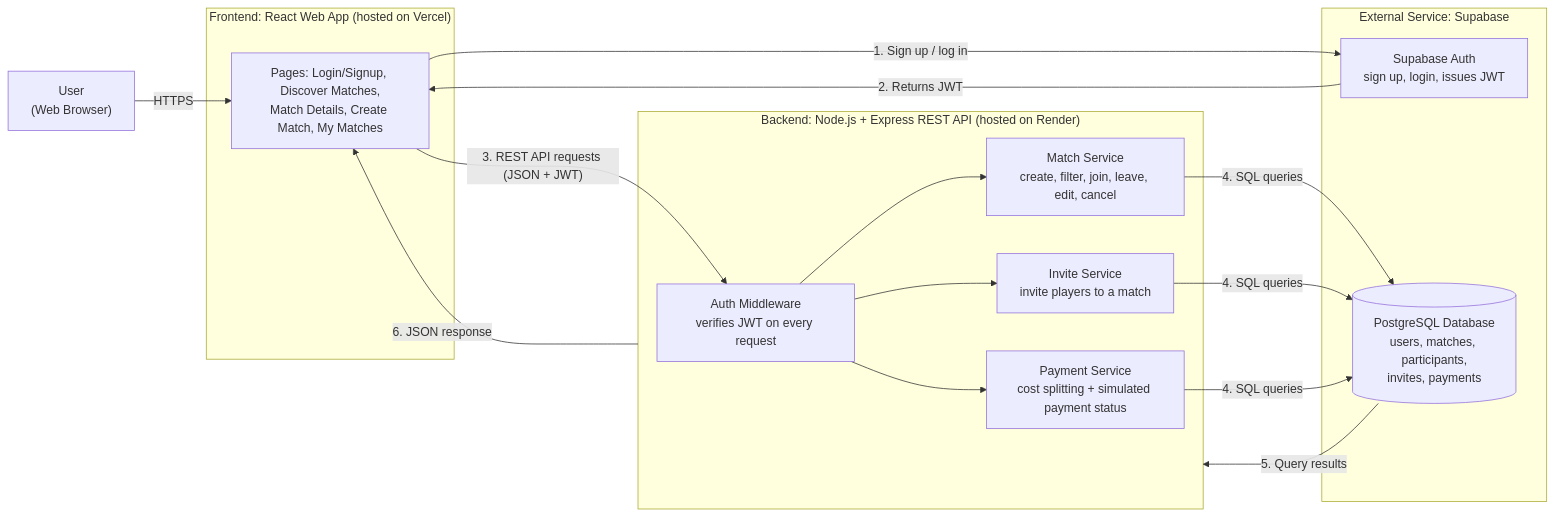
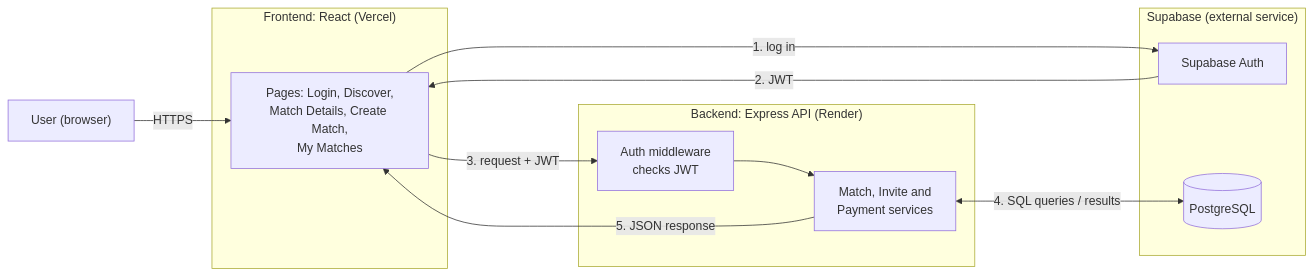
Before and after one commit to rywma/Wesal: the diagram in stage3/readme.md, drawn with Mermaid. The commit also changed other lines of this file, not shown here.

````diff
--- a/stage3/readme.md
+++ b/stage3/readme.md
@@ -32,33 +32,23 @@
 ```mermaid
 flowchart LR
-    U["User<br/>(Web Browser)"]
+    User["User (browser)"] -->|HTTPS| FE
 
-    subgraph FE["Frontend: React Web App (hosted on Vercel)"]
-        UI["Pages: Login/Signup, Discover Matches,<br/>Match Details, Create Match, My Matches"]
+    subgraph Frontend["Frontend: React (Vercel)"]
+        FE["Pages: Login, Discover,<br/>Match Details, Create Match,<br/>My Matches"]
     end
 
-    subgraph BE["Backend: Node.js + Express REST API (hosted on Render)"]
-        MW["Auth Middleware<br/>verifies JWT on every request"]
-        MS["Match Service<br/>create, filter, join, leave, edit, cancel"]
-        IS["Invite Service<br/>invite players to a match"]
-        PS["Payment Service<br/>cost splitting + simulated payment status"]
+    subgraph Backend["Backend: Express API (Render)"]
+        MW["Auth middleware<br/>checks JWT"] --> SVC["Match, Invite and<br/>Payment services"]
     end
 
-    subgraph SB["External Service: Supabase"]
-        SA["Supabase Auth<br/>sign up, login, issues JWT"]
-        DB[("PostgreSQL Database<br/>users, matches, participants,<br/>invites, payments")]
+    subgraph Supabase["Supabase (external service)"]
+        Auth["Supabase Auth"]
+        DB[("PostgreSQL")]
     end
 
-    U -->|"HTTPS"| UI
-    UI -->|"1. Sign up / log in"| SA
-    SA -->|"2. Returns JWT"| UI
-    UI -->|"3. REST API requests (JSON + JWT)"| MW
-    MW --> MS
-    MW --> IS
-    MW --> PS
-    MS -->|"4. SQL queries"| DB
-    IS -->|"4. SQL queries"| DB
-    PS -->|"4. SQL queries"| DB
-    DB -->|"5. Query results"| BE
-    BE -->|"6. JSON response"| UI
+    FE -->|"1. log in"| Auth
+    Auth -->|"2. JWT"| FE
+    FE -->|"3. request + JWT"| MW
+    SVC <-->|"4. SQL queries / results"| DB
+    SVC -->|"5. JSON response"| FE
 ```
````
